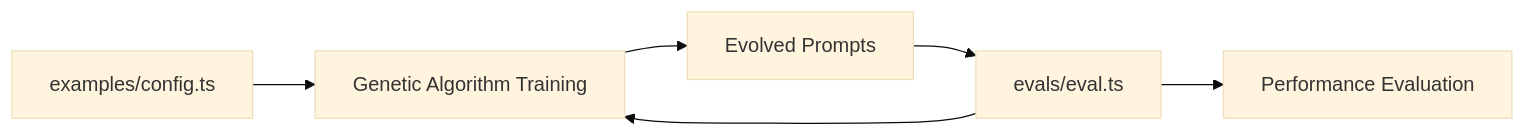
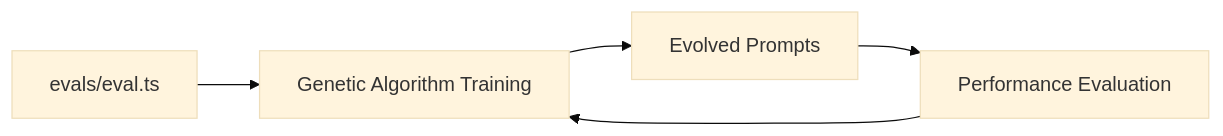
One commit to jongrantwritescode/promptgen changed the diagram in evals/README.md. Above: the diagram before and after it, drawn with Mermaid (base theme). The commit also changed other lines of this file and 8 other files, not shown here.

````diff
--- a/evals/README.md
+++ b/evals/README.md
@@ -36,8 +44,7 @@
 ```mermaid
 graph LR
-    A[examples/config.ts] --> B[Genetic Algorithm Training]
+    A[evals/eval.ts] --> B[Genetic Algorithm Training]
     B --> C[Evolved Prompts]
-    C --> D[evals/eval.ts]
-    D --> E[Performance Evaluation]
+    C --> D[Performance Evaluation]
     D --> B
 ```
````
